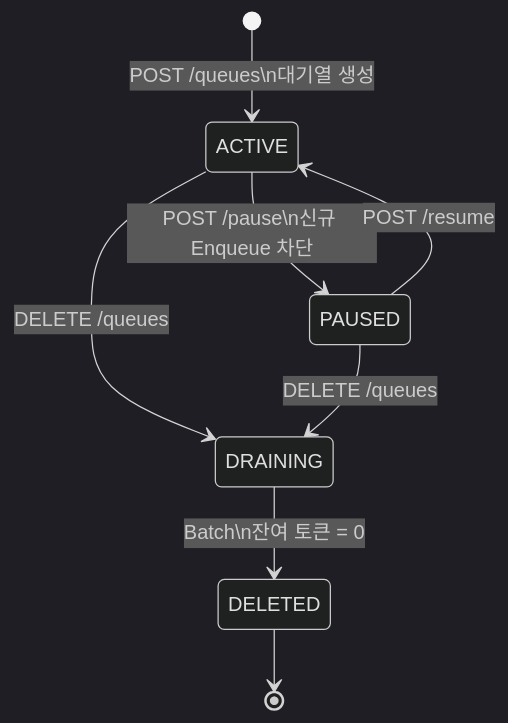
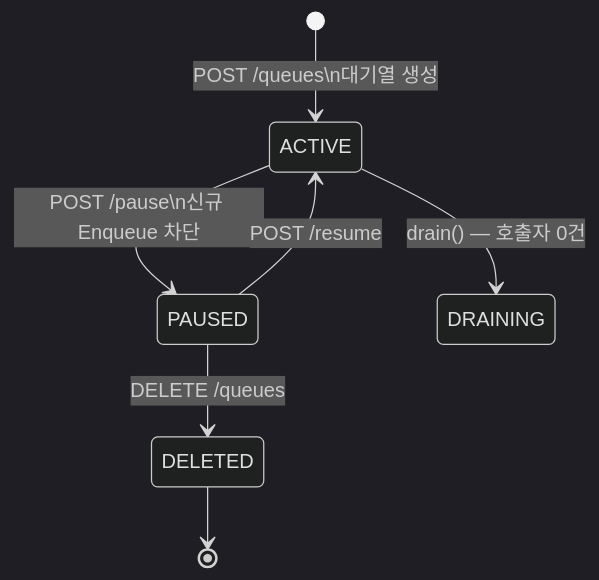
One commit to S-Onix/queue-platform changed the second of 3 diagrams in doc/STATE.md. Above: the diagram before and after it, drawn with Mermaid (dark theme). The commit also changed other lines of this file and 17 other files, not shown here.

````diff
--- a/doc/STATE.md
+++ b/doc/STATE.md
@@ -105,14 +106,16 @@
 ```mermaid
 stateDiagram-v2
     [*] --> ACTIVE : POST /queues\n대기열 생성
 
     ACTIVE --> PAUSED : POST /pause\n신규 Enqueue 차단
     PAUSED --> ACTIVE : POST /resume
 
-    ACTIVE --> DRAINING : DELETE /queues
-    PAUSED --> DRAINING : DELETE /queues
+    PAUSED --> DELETED : DELETE /queues
 
-    DRAINING --> DELETED : Batch\n잔여 토큰 = 0
+    %% 🔴 DRAINING은 도달도 탈출도 불가능하다 (2026-08-26 실측)
+    %%   drain()은 ACTIVE만 받는데 프로덕션 호출이 0건이고,
+    %%   delete()는 PAUSED만 받는다 (Queue.java:100-112). DRAINING → DELETED 배치도 없다.
+    ACTIVE --> DRAINING : drain() — 호출자 0건
 
     DELETED --> [*]
 ```
````
